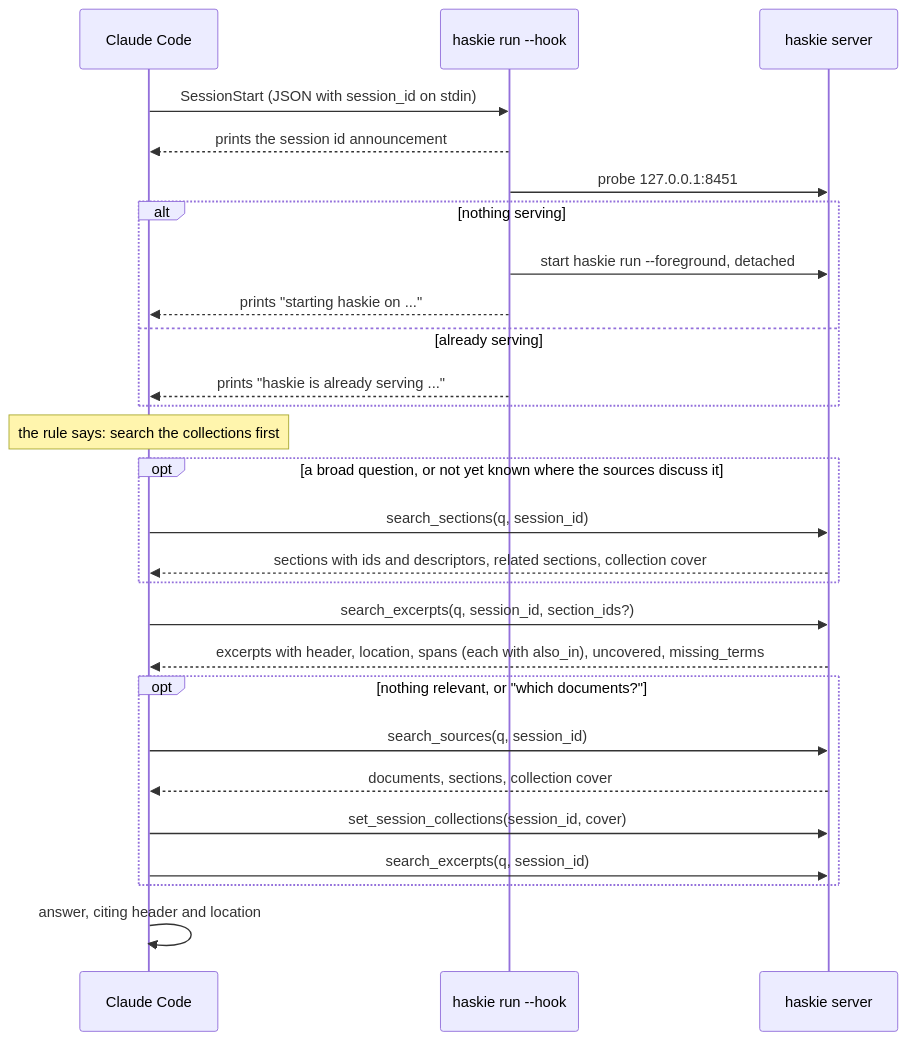
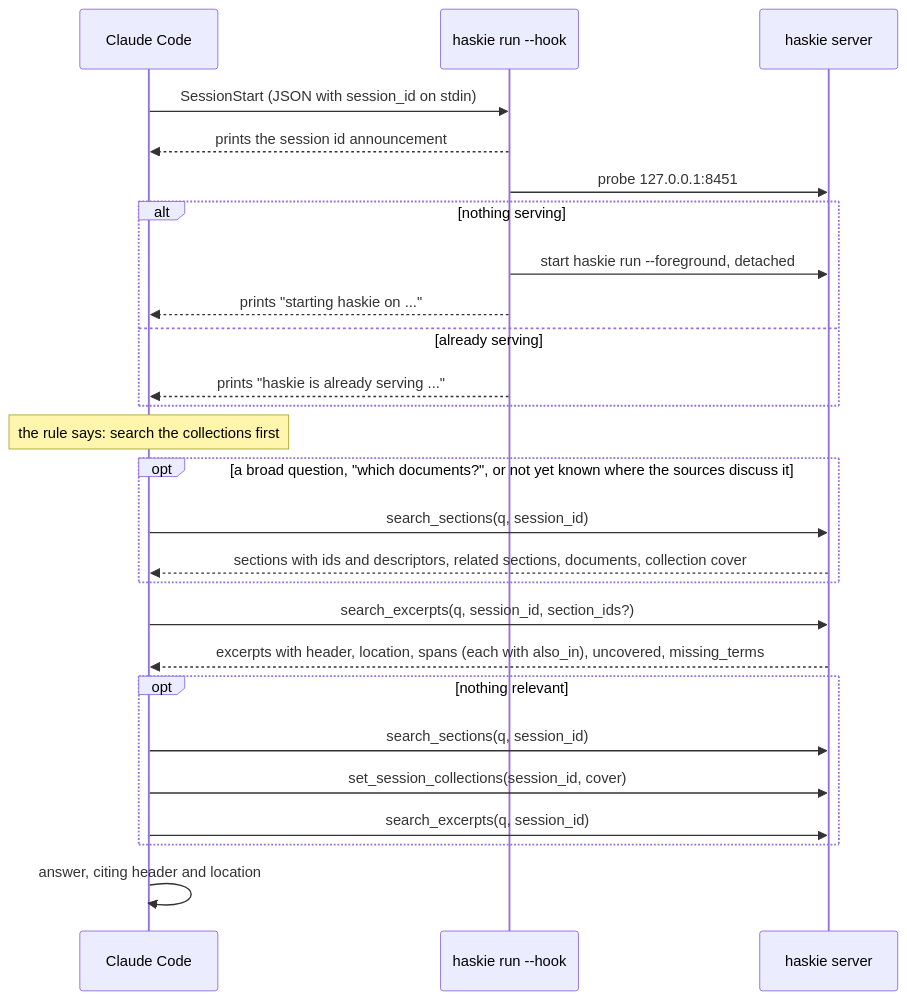
The second of 2 diagrams in docs/mcp.md (haskian/haskie), drawn with Mermaid before and after one commit. The commit also changed other lines of this file and 47 other files, not shown here.

````diff
--- a/docs/mcp.md
+++ b/docs/mcp.md
@@ -58,29 +58,28 @@
 ```mermaid
 sequenceDiagram
     participant CC as Claude Code
     participant Hook as haskie run --hook
     participant H as haskie server
     CC->>Hook: SessionStart (JSON with session_id on stdin)
     Hook-->>CC: prints the session id announcement
     Hook->>H: probe 127.0.0.1:8451
     alt nothing serving
         Hook->>H: start haskie run --foreground, detached
         Hook-->>CC: prints "starting haskie on ..."
     else already serving
         Hook-->>CC: prints "haskie is already serving ..."
     end
     Note over CC: the rule says: search the collections first
-    opt a broad question, or not yet known where the sources discuss it
+    opt a broad question, "which documents?", or not yet known where the sources discuss it
         CC->>H: search_sections(q, session_id)
-        H-->>CC: sections with ids and descriptors, related sections, collection cover
+        H-->>CC: sections with ids and descriptors, related sections, documents, collection cover
     end
     CC->>H: search_excerpts(q, session_id, section_ids?)
     H-->>CC: excerpts with header, location, spans (each with also_in), uncovered, missing_terms
-    opt nothing relevant, or "which documents?"
-        CC->>H: search_sources(q, session_id)
-        H-->>CC: documents, sections, collection cover
+    opt nothing relevant
+        CC->>H: search_sections(q, session_id)
         CC->>H: set_session_collections(session_id, cover)
         CC->>H: search_excerpts(q, session_id)
     end
     CC->>CC: answer, citing header and location
 ```
````
